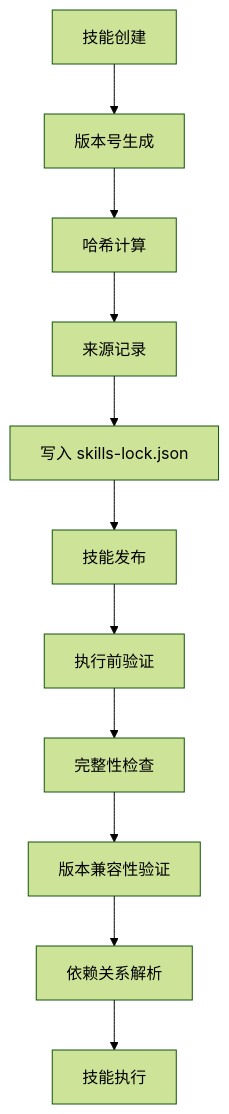
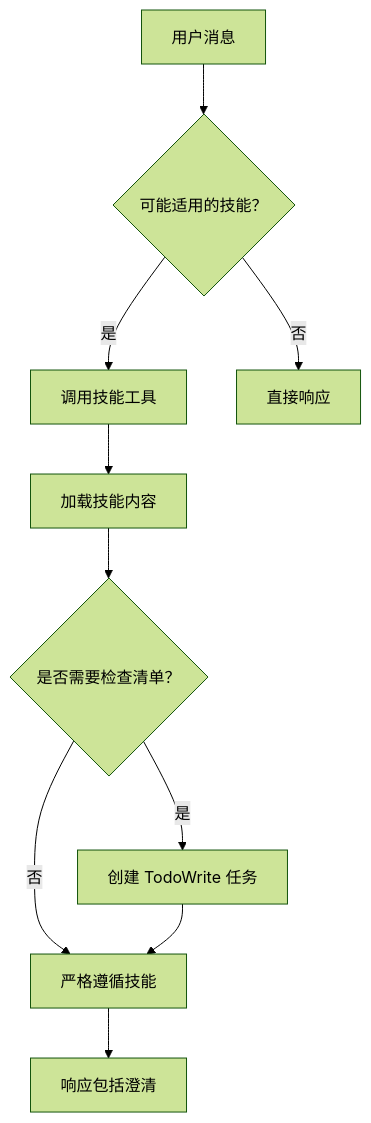
One commit to AngelWings1997/altas changed the tenth of 11 diagrams in .qoder/repowiki/zh/content/超级能力模块/超级能力模块.md. Above: the diagram before and after it, drawn with Mermaid (forest theme). The commit also changed other lines of this file and 4 other files, not shown here.

````diff
--- a/.qoder/repowiki/zh/content/超级能力模块/超级能力模块.md
+++ b/.qoder/repowiki/zh/content/超级能力模块/超级能力模块.md
@@ -380,13 +378,12 @@
 ```mermaid
 flowchart TD
-A["技能创建"] --> B["版本号生成"]
-B --> C["哈希计算"]
-C --> D["来源记录"]
-D --> E["写入 skills-lock.json"]
-E --> F["技能发布"]
-F --> G["执行前验证"]
-G --> H["完整性检查"]
-H --> I["版本兼容性验证"]
-I --> J["依赖关系解析"]
-J --> K["技能执行"]
+A["用户消息"] --> B{"可能适用的技能？"}
+B --> |是| C["调用技能工具"]
+B --> |否| D["直接响应"]
+C --> E["加载技能内容"]
+E --> F{"是否需要检查清单？"}
+F --> |是| G["创建 TodoWrite 任务"]
+F --> |否| H["严格遵循技能"]
+G --> H
+H --> I["响应包括澄清"]
 ```
````
